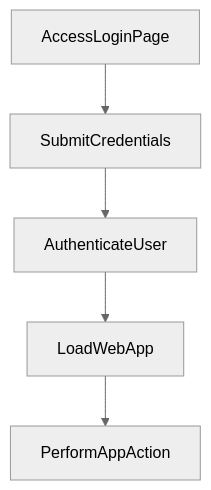
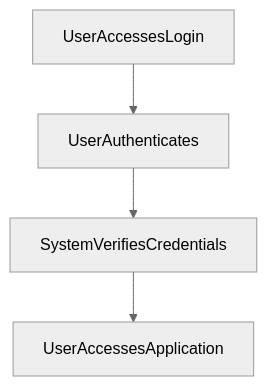
One commit to yogithasivakumar/FocusZen changed the second of 2 diagrams in README.md. Above: the diagram before and after it, drawn with Mermaid (neutral theme). The commit also changed other lines of this file, not shown here.

````diff
--- a/README.md
+++ b/README.md
@@ -24,7 +24,6 @@
 ```mermaid
 flowchart TD
-    AccessLoginPage --> SubmitCredentials
-    SubmitCredentials --> AuthenticateUser
-    AuthenticateUser --> LoadWebApp
-    LoadWebApp --> PerformAppAction
+    UserAccessesLogin --> UserAuthenticates
+    UserAuthenticates --> SystemVerifiesCredentials
+    SystemVerifiesCredentials --> UserAccessesApplication
 ```
````
